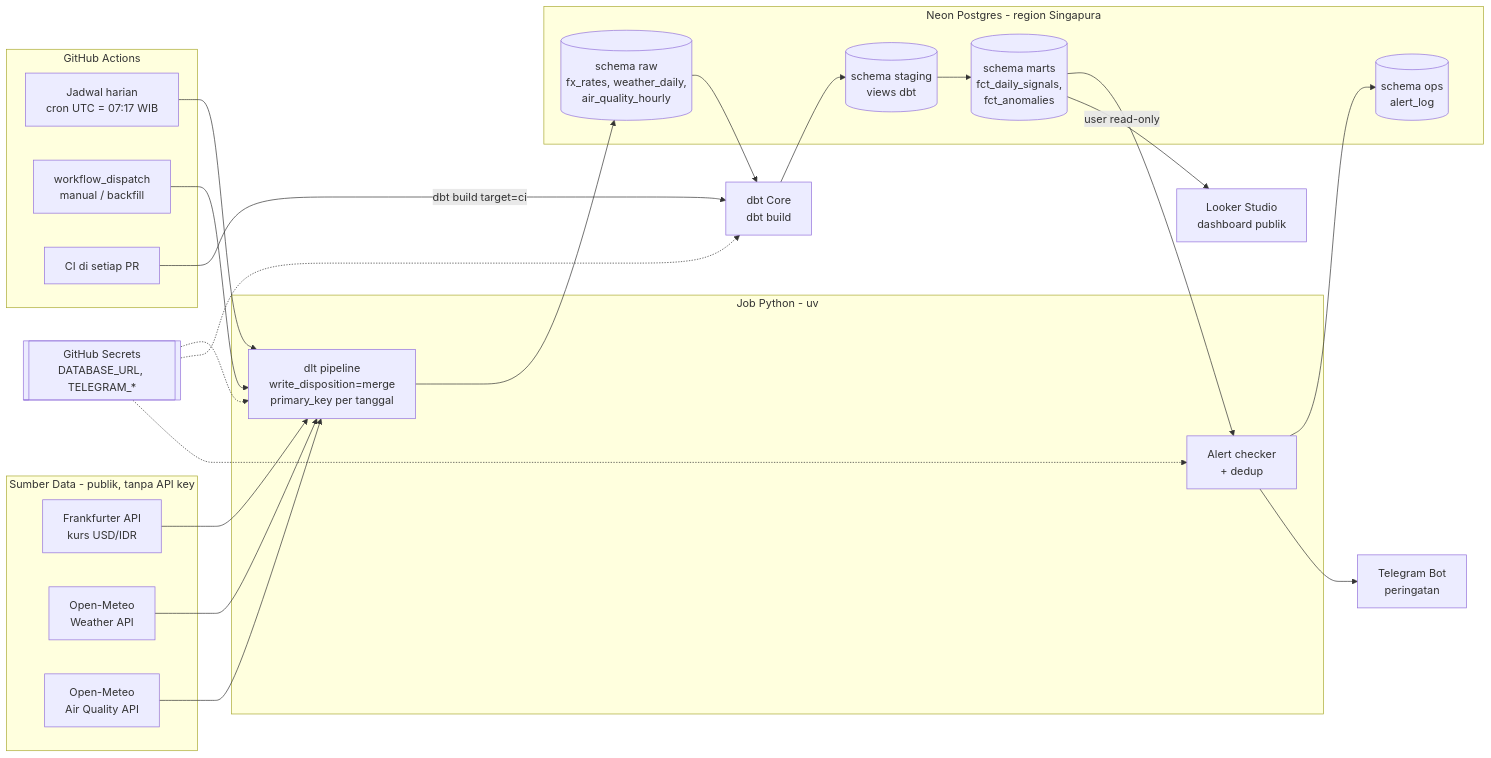
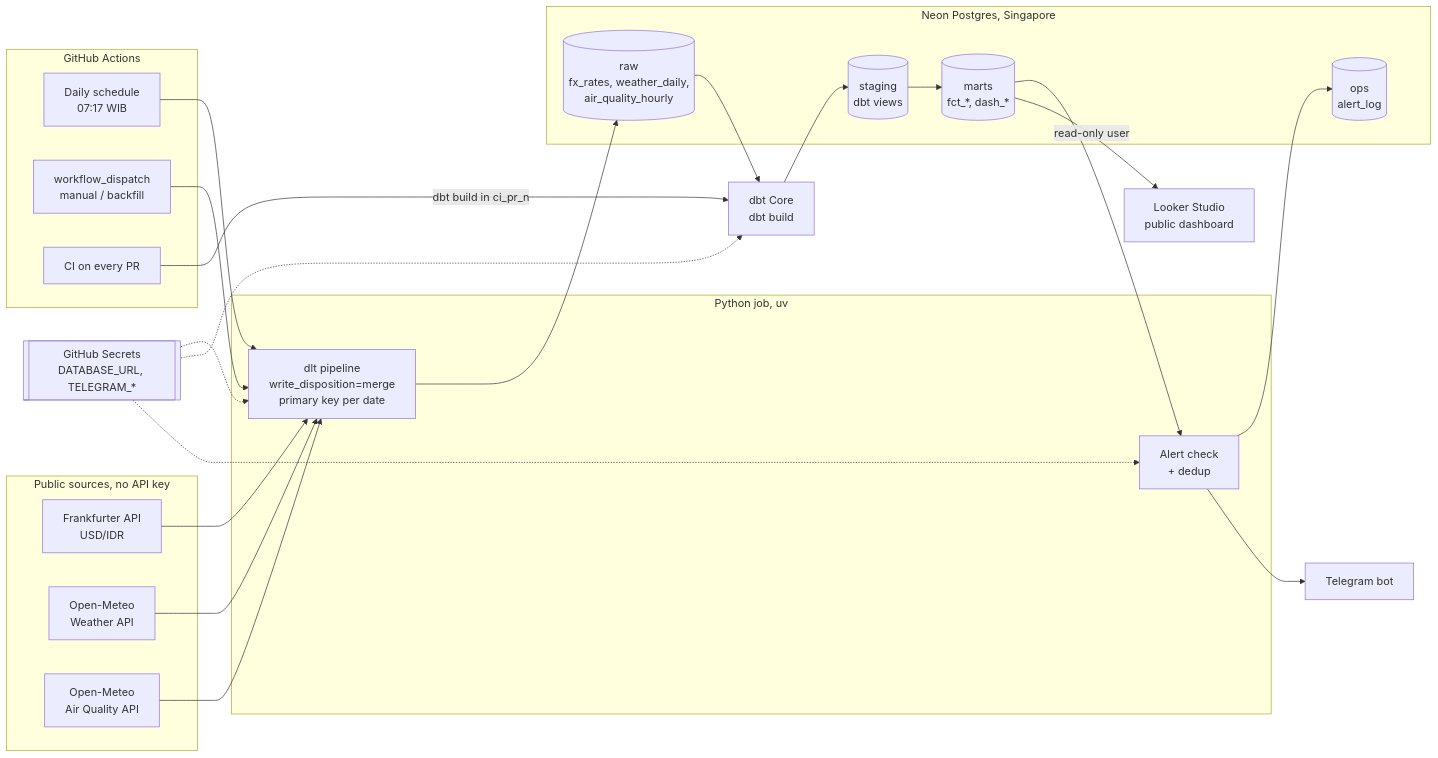
Before and after one commit to Tedyhermawanto21/jakarta-daily-signals: the diagram in docs/PLAN.md, drawn with Mermaid. The commit also changed other lines of this file and 56 other files, not shown here.

````diff
--- a/docs/PLAN.md
+++ b/docs/PLAN.md
@@ -41,48 +47,48 @@
 ```mermaid
 flowchart LR
-    subgraph SRC[Sumber Data - publik, tanpa API key]
-        FX[Frankfurter API<br/>kurs USD/IDR]
+    subgraph SRC[Public sources, no API key]
+        FX[Frankfurter API<br/>USD/IDR]
         WX[Open-Meteo<br/>Weather API]
         AQ[Open-Meteo<br/>Air Quality API]
     end
 
     subgraph GHA[GitHub Actions]
-        CRON[Jadwal harian<br/>cron UTC = 07:17 WIB]
+        CRON[Daily schedule<br/>07:17 WIB]
         DISPATCH[workflow_dispatch<br/>manual / backfill]
-        CI[CI di setiap PR]
+        CI[CI on every PR]
     end
 
-    subgraph PY[Job Python - uv]
-        DLT[dlt pipeline<br/>write_disposition=merge<br/>primary_key per tanggal]
-        ALERT[Alert checker<br/>+ dedup]
+    subgraph PY[Python job, uv]
+        DLT[dlt pipeline<br/>write_disposition=merge<br/>primary key per date]
+        ALERT[Alert check<br/>+ dedup]
     end
 
-    subgraph NEON[Neon Postgres - region Singapura]
-        RAW[(schema raw<br/>fx_rates, weather_daily,<br/>air_quality_hourly)]
-        STG[(schema staging<br/>views dbt)]
-        MART[(schema marts<br/>fct_daily_signals,<br/>fct_anomalies)]
-        LOG[(schema ops<br/>alert_log)]
+    subgraph NEON[Neon Postgres, Singapore]
+        RAW[(raw<br/>fx_rates, weather_daily,<br/>air_quality_hourly)]
+        STG[(staging<br/>dbt views)]
+        MART[(marts<br/>fct_*, dash_*)]
+        LOG[(ops<br/>alert_log)]
     end
 
     DBT[dbt Core<br/>dbt build]
-    LS[Looker Studio<br/>dashboard publik]
-    TG[Telegram Bot<br/>peringatan]
+    LS[Looker Studio<br/>public dashboard]
+    TG[Telegram bot]
     SECRET[[GitHub Secrets<br/>DATABASE_URL, TELEGRAM_*]]
 
     CRON --> DLT
     DISPATCH --> DLT
     SECRET -.-> DLT
     SECRET -.-> DBT
     SECRET -.-> ALERT
     FX --> DLT
     WX --> DLT
     AQ --> DLT
     DLT --> RAW
     RAW --> DBT
     DBT --> STG --> MART
     MART --> ALERT
     ALERT --> LOG
     ALERT --> TG
-    MART -->|user read-only| LS
-    CI -->|dbt build target=ci| DBT
+    MART -->|read-only user| LS
+    CI -->|dbt build in ci_pr_n| DBT
 ```
````
